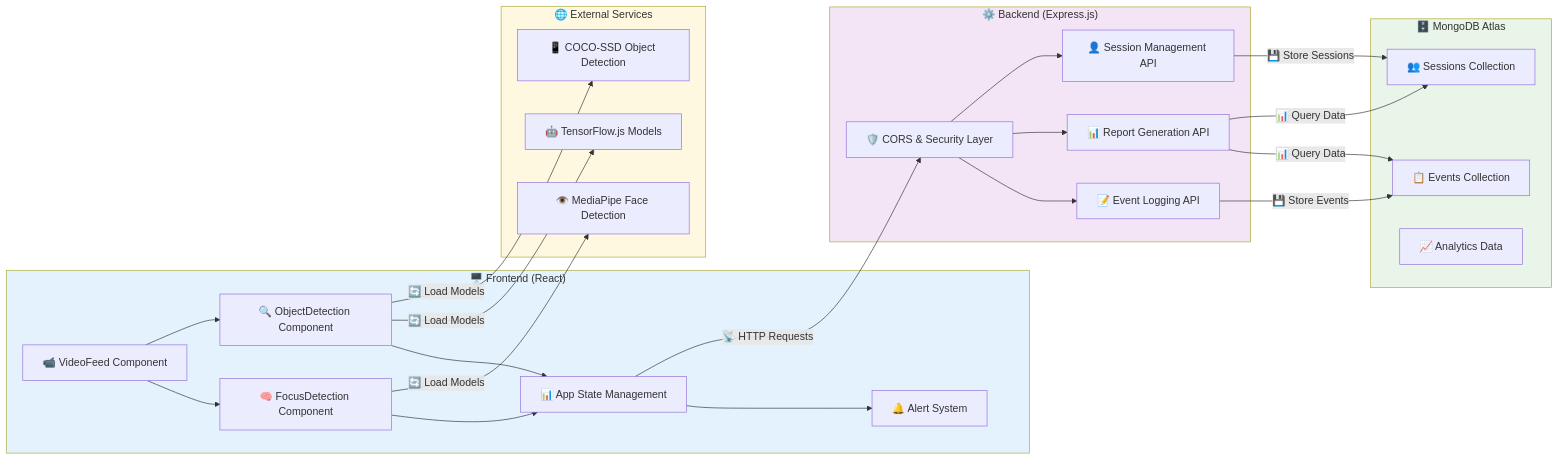
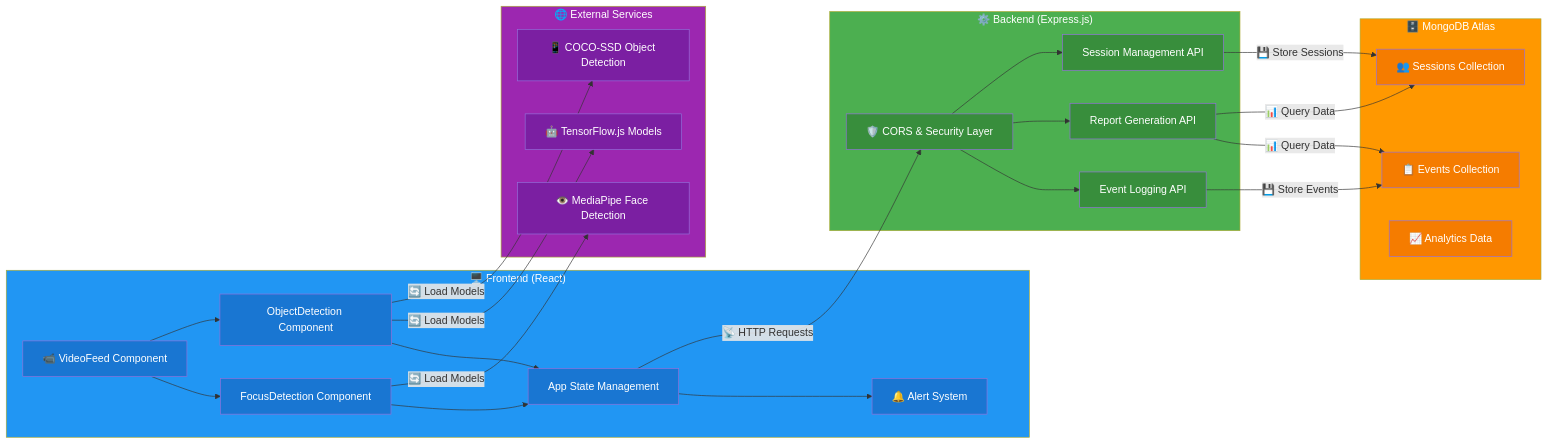
Before and after one commit to iwanturequity/Tutedude-assignment: the second of 2 diagrams in README.md, drawn with Mermaid. The commit also changed other lines of this file, not shown here.

Commit message:
Fix Mermaid diagram colors for better readability in dark mode

````diff
--- a/README.md
+++ b/README.md
@@ -92,54 +103,73 @@
 ```mermaid
 flowchart LR
     subgraph Frontend["🖥️ Frontend (React)"]
         A[📹 VideoFeed Component]
-        B[🧠 FocusDetection Component] 
-        C[🔍 ObjectDetection Component]
-        D[📊 App State Management]
+        B[ FocusDetection Component] 
+        C[ ObjectDetection Component]
+        D[ App State Management]
         E[🔔 Alert System]
     end
     
     subgraph Backend["⚙️ Backend (Express.js)"]
         F[🛡️ CORS & Security Layer]
-        G[📝 Event Logging API]
-        H[📊 Report Generation API]
-        I[👤 Session Management API]
+        G[ Event Logging API]
+        H[ Report Generation API]
+        I[ Session Management API]
     end
     
     subgraph Database["🗄️ MongoDB Atlas"]
         J[📋 Events Collection]
         K[👥 Sessions Collection]
         L[📈 Analytics Data]
     end
     
     subgraph External["🌐 External Services"]
         M[🤖 TensorFlow.js Models]
         N[👁️ MediaPipe Face Detection]
         O[📱 COCO-SSD Object Detection]
     end
     
     A --> B
     A --> C
     B --> D
     C --> D
     D --> E
     
     D -->|📡 HTTP Requests| F
     F --> G
     F --> H
     F --> I
     
     G -->|💾 Store Events| J
     I -->|💾 Store Sessions| K
     H -->|📊 Query Data| J
     H -->|📊 Query Data| K
     
     B -->|🔄 Load Models| N
     C -->|🔄 Load Models| M
     C -->|🔄 Load Models| O
     
-    style Frontend fill:#e3f2fd
-    style Backend fill:#f3e5f5
-    style Database fill:#e8f5e8
-    style External fill:#fff8e1
+    style Frontend fill:#2196F3,color:#ffffff
+    style Backend fill:#4CAF50,color:#ffffff
+    style Database fill:#FF9800,color:#ffffff
+    style External fill:#9C27B0,color:#ffffff
+    
+    style A fill:#1976D2,color:#ffffff
+    style B fill:#1976D2,color:#ffffff
+    style C fill:#1976D2,color:#ffffff
+    style D fill:#1976D2,color:#ffffff
+    style E fill:#1976D2,color:#ffffff
+    
+    style F fill:#388E3C,color:#ffffff
+    style G fill:#388E3C,color:#ffffff
+    style H fill:#388E3C,color:#ffffff
+    style I fill:#388E3C,color:#ffffff
+    
+    style J fill:#F57C00,color:#ffffff
+    style K fill:#F57C00,color:#ffffff
+    style L fill:#F57C00,color:#ffffff
+    
+    style M fill:#7B1FA2,color:#ffffff
+    style N fill:#7B1FA2,color:#ffffff
+    style O fill:#7B1FA2,color:#ffffff
 ```
````
